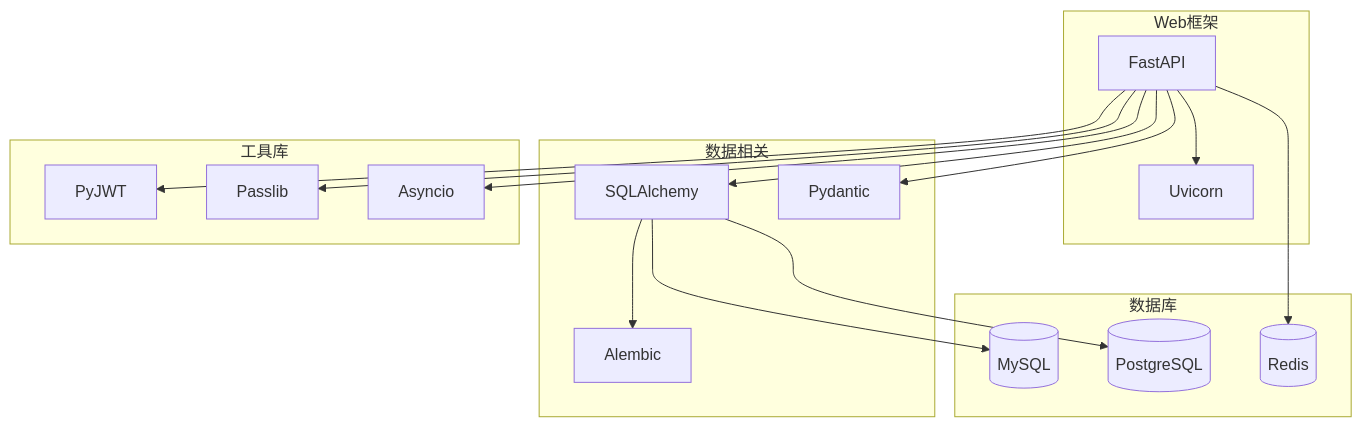
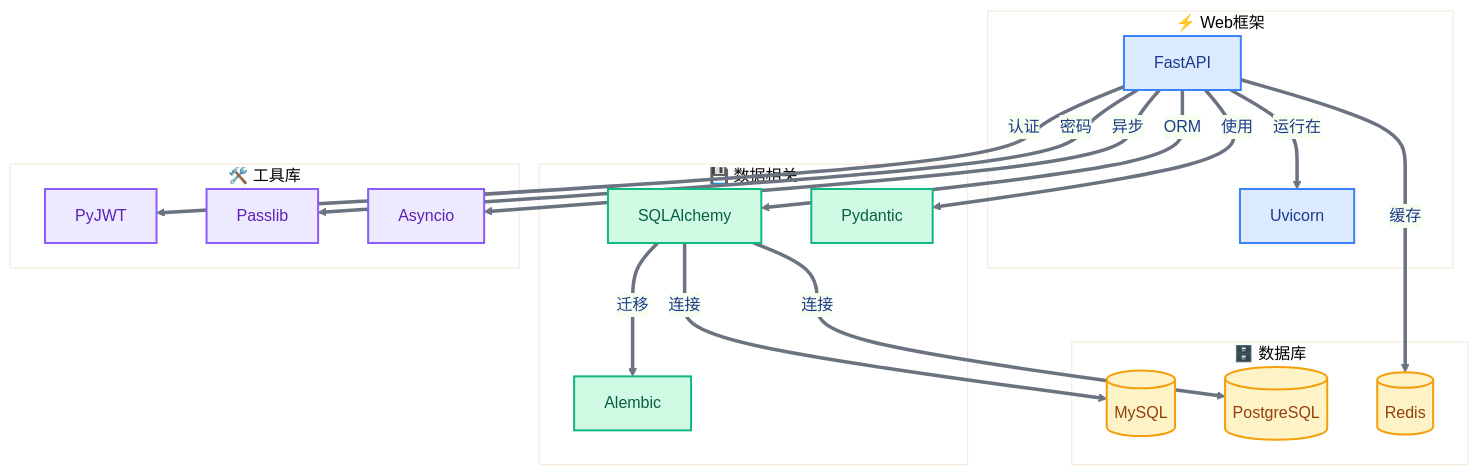
Before and after one commit to hata33/ruoyi-fastapi-full-stack: the fourth of 4 diagrams in ruoyi-fastapi-backend/docs/learning/06-后端知识地图/02-核心概念关联图.md, drawn with Mermaid. The commit also changed other lines of this file and 9 other files, not shown here.

````diff
--- a/ruoyi-fastapi-backend/docs/learning/06-后端知识地图/02-核心概念关联图.md
+++ b/ruoyi-fastapi-backend/docs/learning/06-后端知识地图/02-核心概念关联图.md
@@ -138,33 +284,49 @@
 ```mermaid
+%%{init: {'theme': 'base', 'themeVariables': {
+  'primaryColor': '#EFF6FF',
+  'primaryTextColor': '#1e3a8a',
+  'primaryBorderColor': '#3B82F6',
+  'lineColor': '#6B7280'
+}}}%%
 graph TB
-    subgraph Web框架[Web框架]
+    subgraph Web框架["⚡ Web框架"]
         FastAPI[FastAPI]
         Uvicorn[Uvicorn]
     end
-    subgraph 数据相关[数据相关]
+    subgraph 数据相关["💾 数据相关"]
         SQLAlchemy[SQLAlchemy]
         Pydantic[Pydantic]
         Alembic[Alembic]
     end
-    subgraph 数据库[数据库]
+    subgraph 数据库["🗄️ 数据库"]
         MySQL[(MySQL)]
         PostgreSQL[(PostgreSQL)]
         Redis[(Redis)]
     end
-    subgraph 工具库[工具库]
+    subgraph 工具库["🛠️ 工具库"]
         JWT[PyJWT]
         Passlib[Passlib]
         Asyncio[Asyncio]
     end
 
-    FastAPI --> Uvicorn
-    FastAPI --> Pydantic
-    FastAPI --> SQLAlchemy
-    FastAPI --> Asyncio
-    SQLAlchemy --> MySQL
-    SQLAlchemy --> PostgreSQL
-    SQLAlchemy --> Alembic
-    FastAPI --> Redis
-    FastAPI --> JWT
-    FastAPI --> Passlib
+    FastAPI ==>|运行在| Uvicorn
+    FastAPI ==>|使用| Pydantic
+    FastAPI ==>|ORM| SQLAlchemy
+    FastAPI ==>|异步| Asyncio
+    SQLAlchemy ==>|连接| MySQL
+    SQLAlchemy ==>|连接| PostgreSQL
+    SQLAlchemy ==>|迁移| Alembic
+    FastAPI ==>|缓存| Redis
+    FastAPI ==>|认证| JWT
+    FastAPI ==>|密码| Passlib
+
+    classDef framework fill:#DBEAFE,stroke:#3B82F6,stroke-width:2px,color:#1e3a8a
+    classDef data fill:#D1FAE5,stroke:#10B981,stroke-width:2px,color:#065f46
+    classDef db fill:#FEF3C7,stroke:#F59E0B,stroke-width:2px,color:#92400e
+    classDef tools fill:#EDE9FE,stroke:#8B5CF6,stroke-width:2px,color:#5b21b6
+
+    class FastAPI,Uvicorn framework
+    class SQLAlchemy,Pydantic,Alembic data
+    class MySQL,PostgreSQL,Redis db
+    class JWT,Passlib,Asyncio tools
 ```
````
